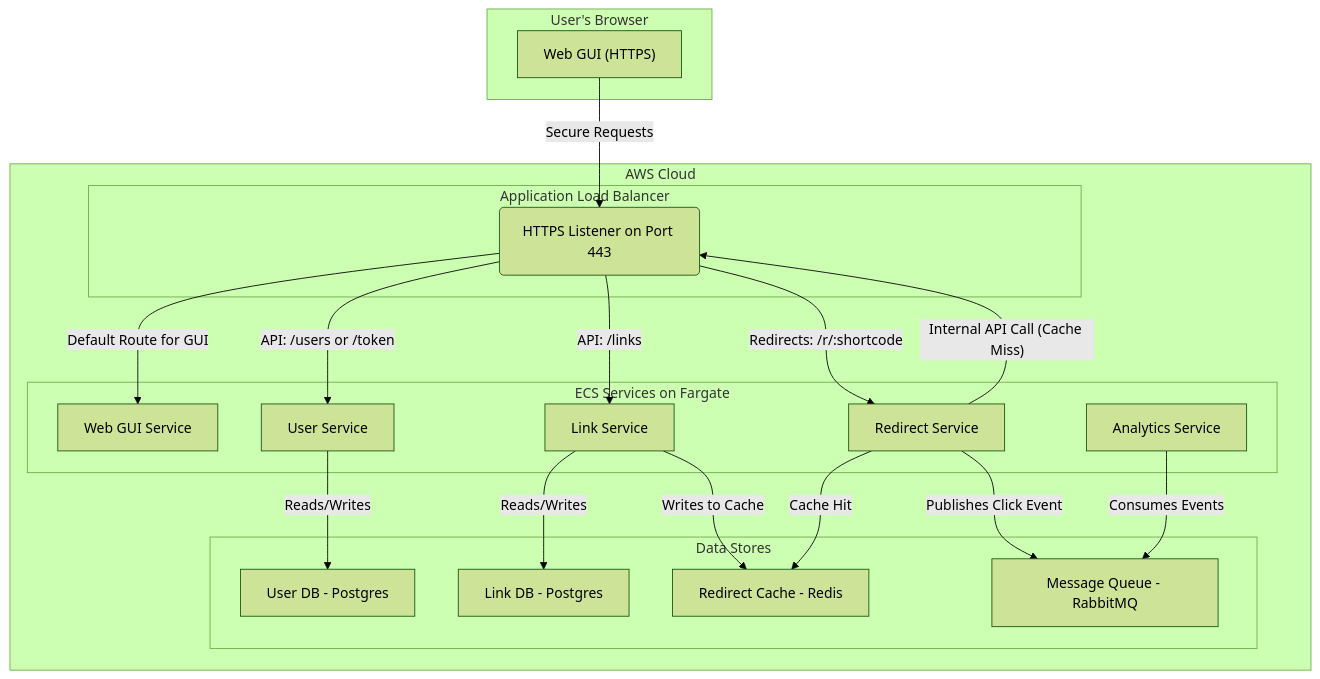
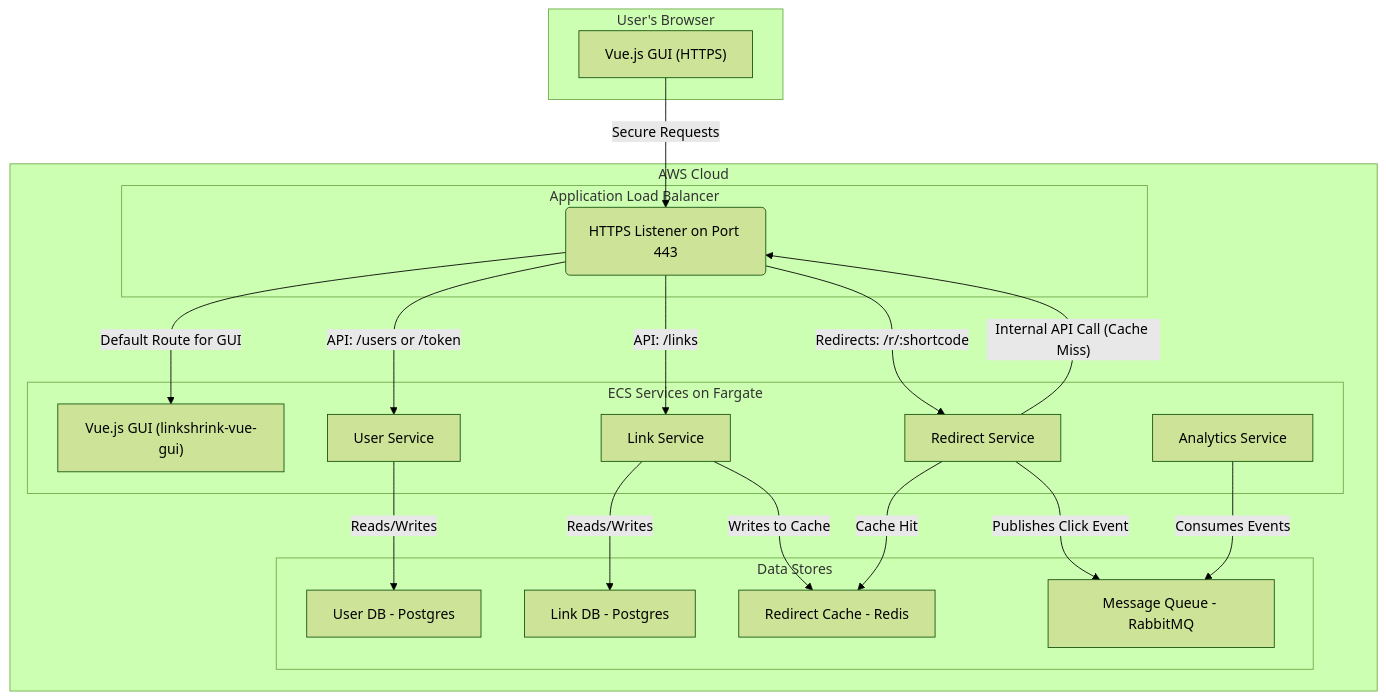
The diagram in README.md (JemJal/linkshrink-microservices), drawn with Mermaid (forest theme) before and after one commit. The commit also changed other lines of this file, not shown here.

````diff
--- a/README.md
+++ b/README.md
@@ -39,42 +40,42 @@
 ```mermaid
 graph TD
     subgraph "User's Browser"
-        A["Web GUI (HTTPS)"]
+        A["Vue.js GUI (HTTPS)"]
     end
 
     subgraph "AWS Cloud"
         subgraph "Application Load Balancer"
             B("HTTPS Listener on Port 443")
         end
 
         subgraph "ECS Services on Fargate"
-            C["Web GUI Service"]
+            C["Vue.js GUI (linkshrink-vue-gui)"]
             D["User Service"]
             E["Link Service"]
             F["Redirect Service"]
             G["Analytics Service"]
         end
 
         subgraph "Data Stores"
             H["User DB - Postgres"]
             I["Link DB - Postgres"]
             J["Redirect Cache - Redis"]
             K["Message Queue - RabbitMQ"]
         end
     end
 
     A -- "Secure Requests" --> B
 
     B -- "API: /users or /token" --> D
     B -- "API: /links" --> E
     B -- "Redirects: /r/:shortcode" --> F
     B -- "Default Route for GUI" --> C
 
     D -- "Reads/Writes" --> H
     E -- "Reads/Writes" --> I
     E -- "Writes to Cache" --> J
     F -- "Internal API Call (Cache Miss)" --> B
     F -- "Cache Hit" --> J
     F -- "Publishes Click Event" --> K
     G -- "Consumes Events" --> K
 ```
````
